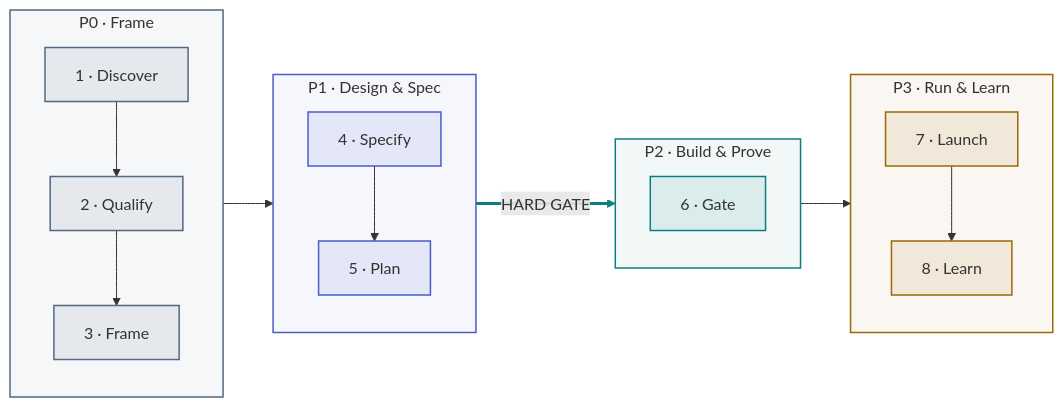
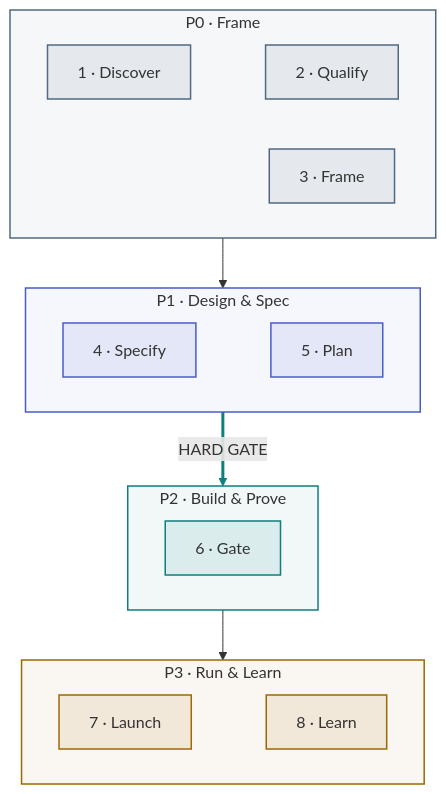
One commit to akash-coded/aws-bedrock-agentcore-strands changed the diagram in wiki/Journey-Product-Manager.md. Above: the diagram before and after it, drawn with Mermaid. The commit also changed other lines of this file and 30 other files, not shown here.

````diff
--- a/wiki/Journey-Product-Manager.md
+++ b/wiki/Journey-Product-Manager.md
@@ -23,43 +25,36 @@
 ```mermaid
-flowchart LR
+flowchart TB
   subgraph P0["P0 · Frame"]
-    direction TB
-    S1["1 · Discover"]
-    S2["2 · Qualify"]
+    direction LR
+    S1["1 · Discover"] ~~~ S2["2 · Qualify"]
     S3["3 · Frame"]
-    S1 --> S2
-    S2 --> S3
   end
   subgraph P1["P1 · Design & Spec"]
-    direction TB
-    S4["4 · Specify"]
-    S5["5 · Plan"]
-    S4 --> S5
+    direction LR
+    S4["4 · Specify"] ~~~ S5["5 · Plan"]
   end
   subgraph P2["P2 · Build & Prove"]
-    direction TB
+    direction LR
     S6["6 · Gate"]
   end
   subgraph P3["P3 · Run & Learn"]
-    direction TB
-    S7["7 · Launch"]
-    S8["8 · Learn"]
-    S7 --> S8
+    direction LR
+    S7["7 · Launch"] ~~~ S8["8 · Learn"]
   end
   P0 --> P1
   P1 -->|"HARD GATE"| P2
   P2 --> P3
   classDef p0 fill:#5169811A,stroke:#516981,stroke-width:1.5px
   class S1,S2,S3 p0
   style P0 fill:#5169810D,stroke:#516981,stroke-width:1.5px
   classDef p1 fill:#4B5CC81A,stroke:#4B5CC8,stroke-width:1.5px
   class S4,S5 p1
   style P1 fill:#4B5CC80D,stroke:#4B5CC8,stroke-width:1.5px
   classDef p2 fill:#0E7F7C1A,stroke:#0E7F7C,stroke-width:1.5px
   class S6 p2
   style P2 fill:#0E7F7C0D,stroke:#0E7F7C,stroke-width:1.5px
   classDef p3 fill:#9C68031A,stroke:#9C6803,stroke-width:1.5px
   class S7,S8 p3
   style P3 fill:#9C68030D,stroke:#9C6803,stroke-width:1.5px
-  linkStyle 5 stroke:#0E7F7C,stroke-width:3px
+  linkStyle 4 stroke:#0E7F7C,stroke-width:3px
 ```
````
